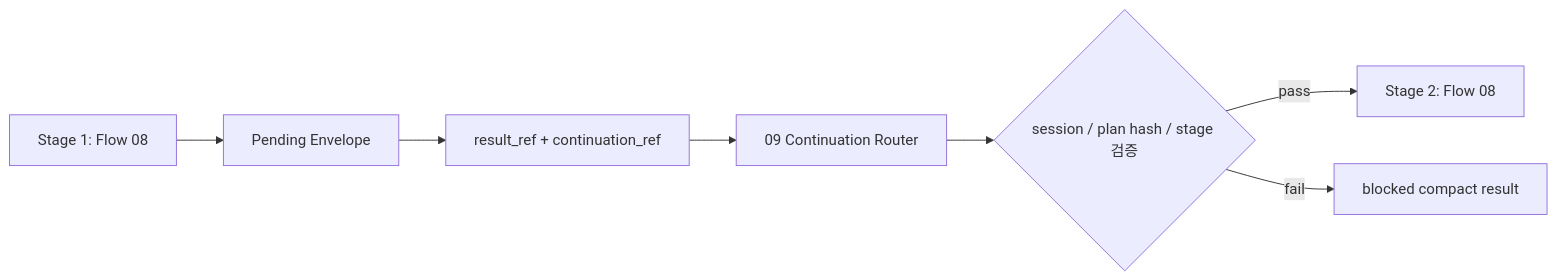
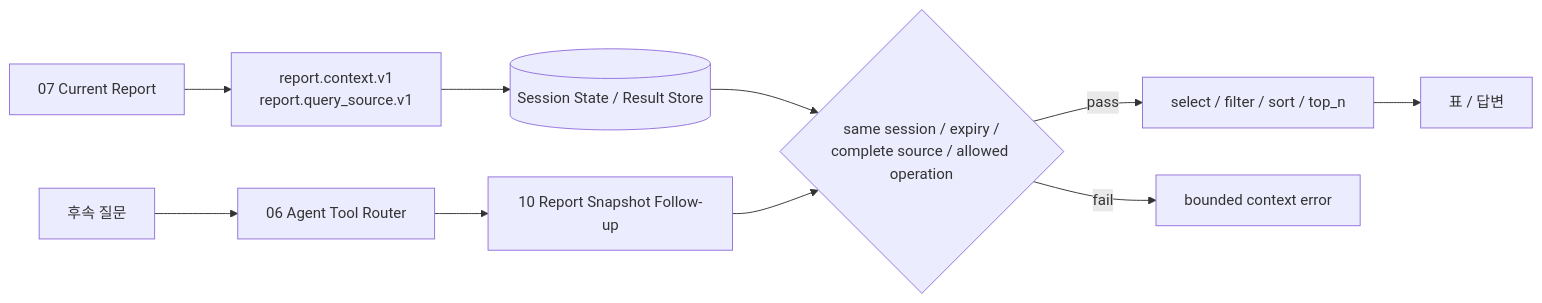
Before and after one commit to bongG-moon/metadata_driven_v5: the sixth of 8 diagrams in docs/AGENT_INTRODUCTION_PPT_OUTLINE.md, drawn with Mermaid. The commit also changed other lines of this file and 124 other files, not shown here.

Commit message:
Add Langflow 1.11 report follow-up flows

````diff
--- a/docs/AGENT_INTRODUCTION_PPT_OUTLINE.md
+++ b/docs/AGENT_INTRODUCTION_PPT_OUTLINE.md
@@ -504,9 +506,14 @@
 ```mermaid
 flowchart LR
-    S1[Stage 1: Flow 08] --> E[Pending Envelope]
-    E --> R[result_ref + continuation_ref]
-    R --> G[09 Continuation Router]
-    G --> V{session / plan hash / stage 검증}
-    V -->|pass| S2[Stage 2: Flow 08]
-    V -->|fail| X[blocked compact result]
+    F07[07 Current Report] --> C[report.context.v1
+report.query_source.v1]
+    C --> RS[(Session State / Result Store)]
+    U[후속 질문] --> G[06 Agent Tool Router]
+    G --> F10[10 Report Snapshot Follow-up]
+    RS --> V{same session / expiry /
+complete source / allowed operation}
+    F10 --> V
+    V -->|pass| X[select / filter / sort / top_n]
+    V -->|fail| B[bounded context error]
+    X --> O[표 / 답변]
 ```
````
